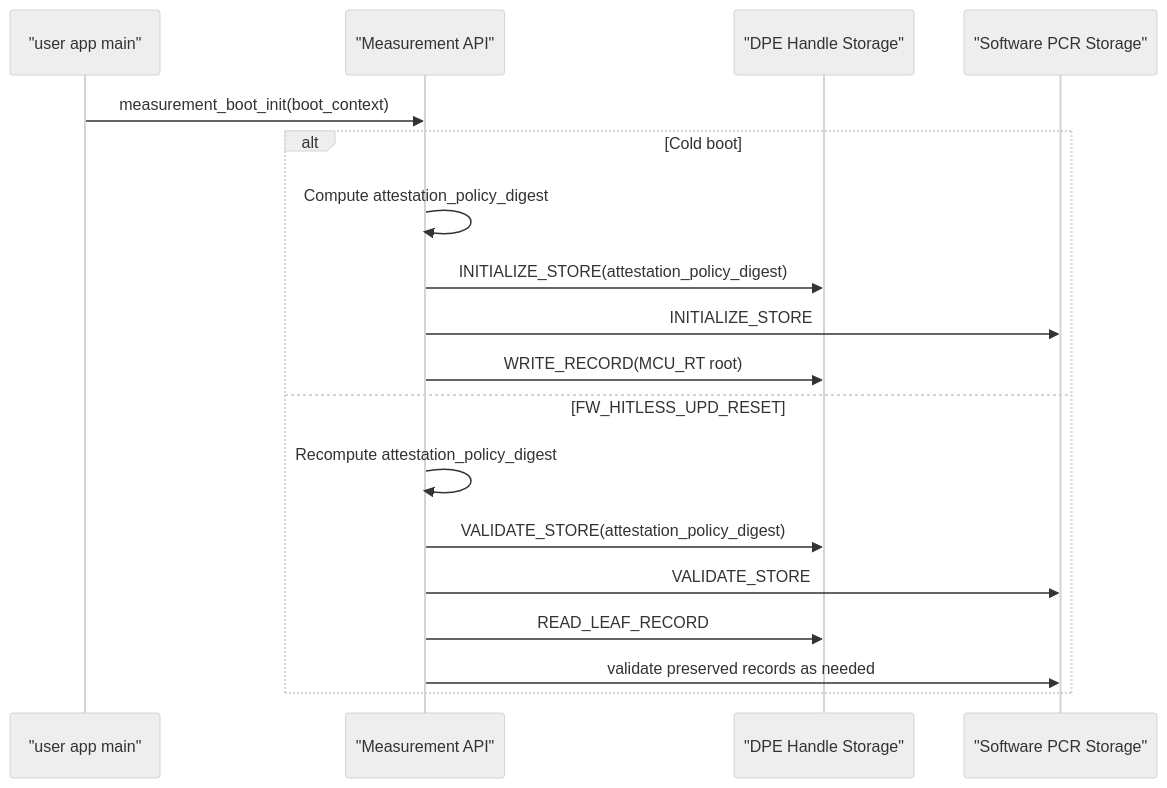
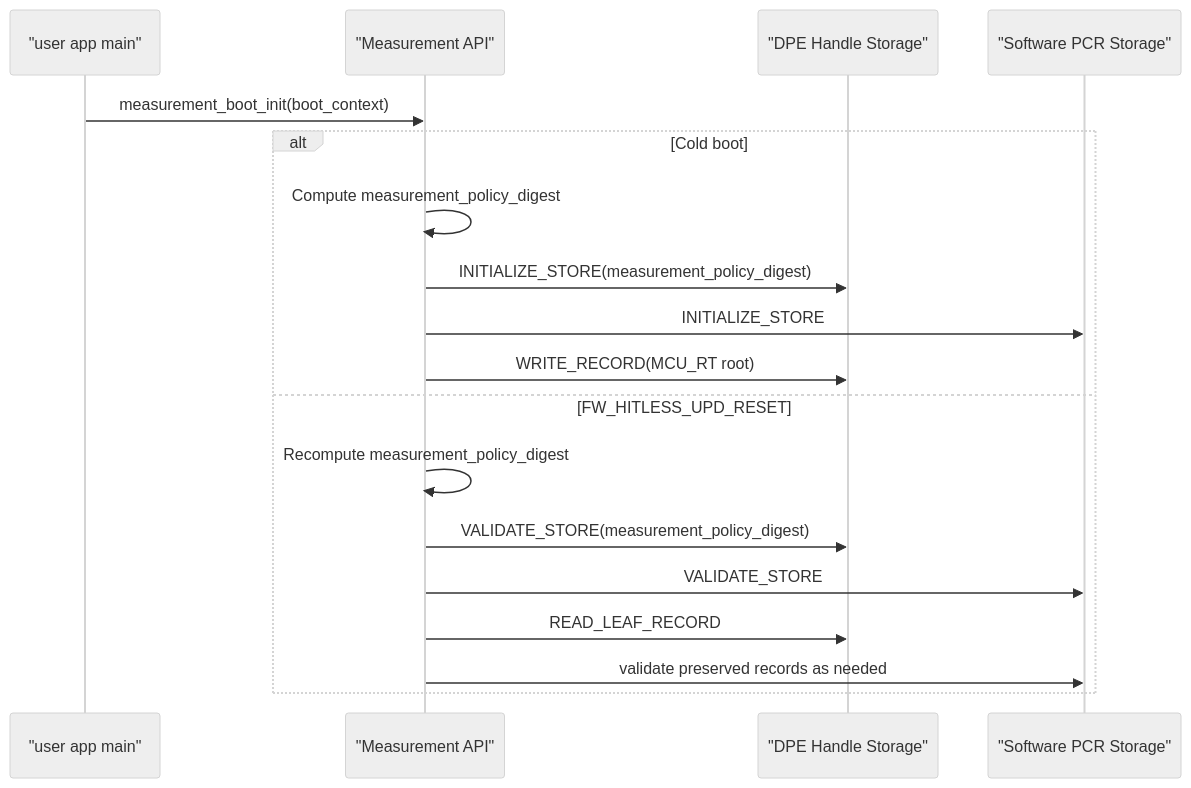
The fourth of 4 diagrams in docs/src/attestation-tock-capsules.md (chipsalliance/caliptra-mcu-sw), drawn with Mermaid (neutral theme) before and after one commit. The commit also changed other lines of this file and 7 other files, not shown here.

````diff
--- a/docs/src/attestation-tock-capsules.md
+++ b/docs/src/attestation-tock-capsules.md
@@ -381,21 +388,21 @@
 ```mermaid
 sequenceDiagram
     participant Main as "user app main"
     participant MApi as "Measurement API"
     participant Dpe as "DPE Handle Storage"
     participant Pcr as "Software PCR Storage"
 
     Main->>MApi: measurement_boot_init(boot_context)
     alt Cold boot
-        MApi->>MApi: Compute attestation_policy_digest
-        MApi->>Dpe: INITIALIZE_STORE(attestation_policy_digest)
+        MApi->>MApi: Compute measurement_policy_digest
+        MApi->>Dpe: INITIALIZE_STORE(measurement_policy_digest)
         MApi->>Pcr: INITIALIZE_STORE
         MApi->>Dpe: WRITE_RECORD(MCU_RT root)
     else FW_HITLESS_UPD_RESET
-        MApi->>MApi: Recompute attestation_policy_digest
-        MApi->>Dpe: VALIDATE_STORE(attestation_policy_digest)
+        MApi->>MApi: Recompute measurement_policy_digest
+        MApi->>Dpe: VALIDATE_STORE(measurement_policy_digest)
         MApi->>Pcr: VALIDATE_STORE
         MApi->>Dpe: READ_LEAF_RECORD
         MApi->>Pcr: validate preserved records as needed
     end
 ```
````
